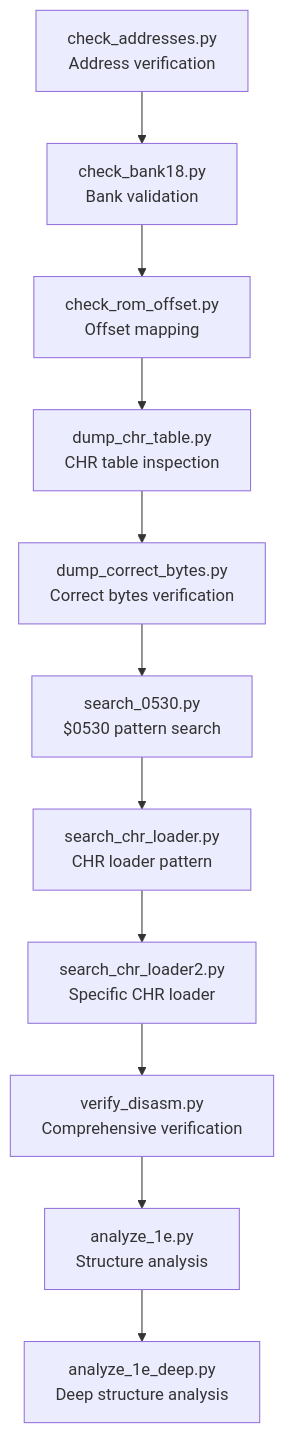
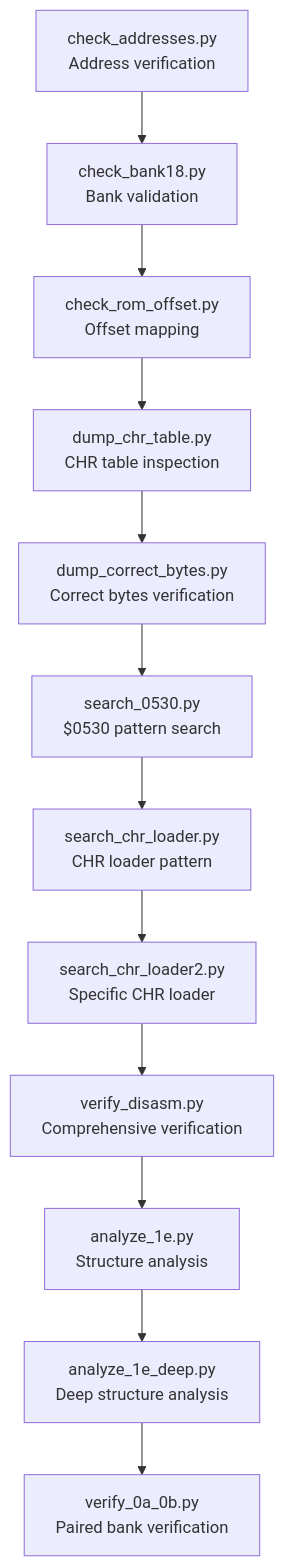
One commit to rabbyzero/sango2dasm changed diagram 13 of 16 in .qoder/repowiki/en/content/Build System and Tools/Build System and Tools.md. Above: the diagram before and after it, drawn with Mermaid. The commit also changed other lines of this file and 18 other files, not shown here.

````diff
--- a/.qoder/repowiki/en/content/Build System and Tools/Build System and Tools.md
+++ b/.qoder/repowiki/en/content/Build System and Tools/Build System and Tools.md
@@ -1472,13 +1506,14 @@
 ```mermaid
 flowchart TD
 AT1["check_addresses.py<br/>Address verification"] --> AT2["check_bank18.py<br/>Bank validation"]
 AT2 --> AT3["check_rom_offset.py<br/>Offset mapping"]
 AT3 --> AT4["dump_chr_table.py<br/>CHR table inspection"]
 AT4 --> AT5["dump_correct_bytes.py<br/>Correct bytes verification"]
 AT5 --> AT6["search_0530.py<br/>$0530 pattern search"]
 AT6 --> AT7["search_chr_loader.py<br/>CHR loader pattern"]
 AT7 --> AT8["search_chr_loader2.py<br/>Specific CHR loader"]
 AT8 --> AT9["verify_disasm.py<br/>Comprehensive verification"]
 AT9 --> AT10["analyze_1e.py<br/>Structure analysis"]
 AT10 --> AT11["analyze_1e_deep.py<br/>Deep structure analysis"]
+AT11 --> AT12["verify_0a_0b.py<br/>Paired bank verification"]
 ```
````
